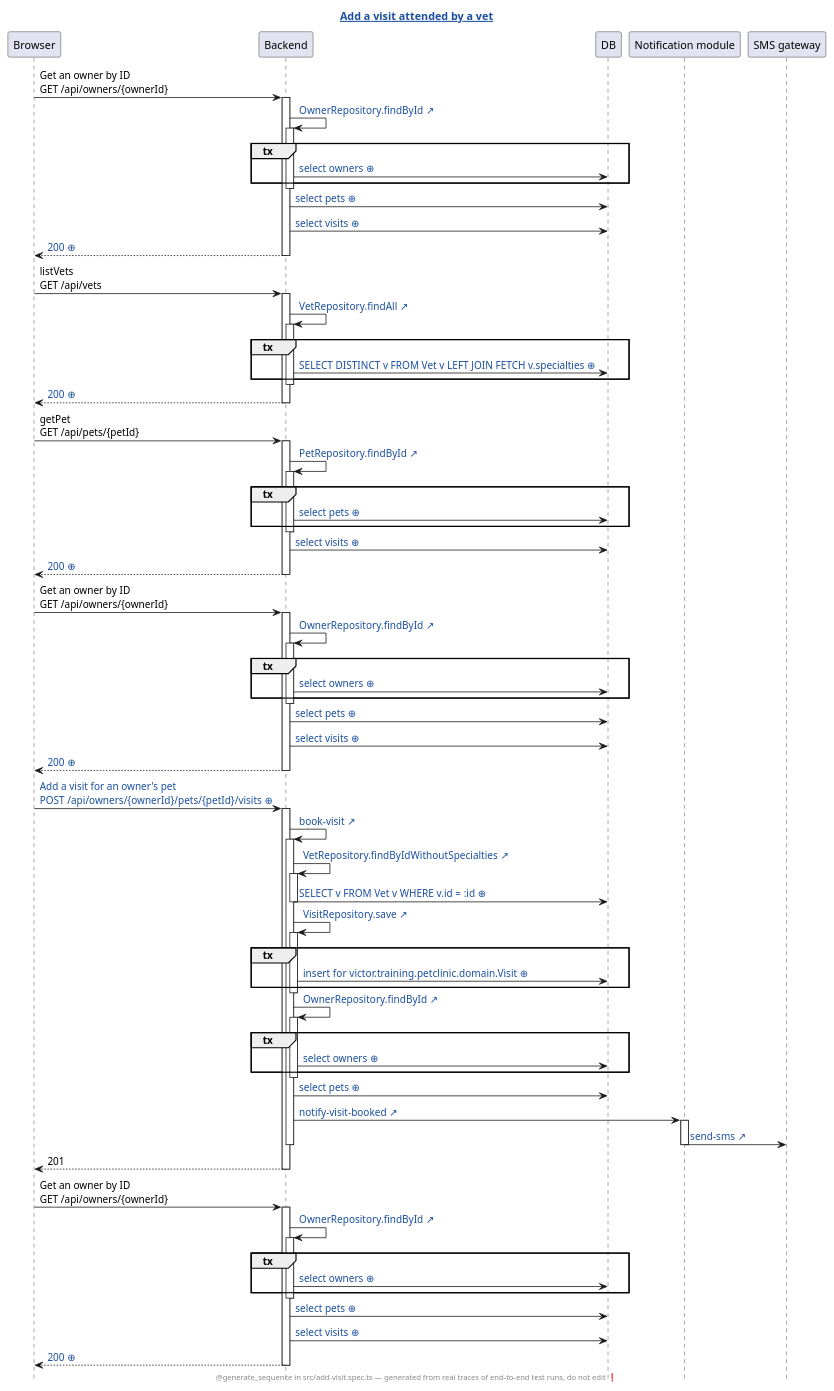
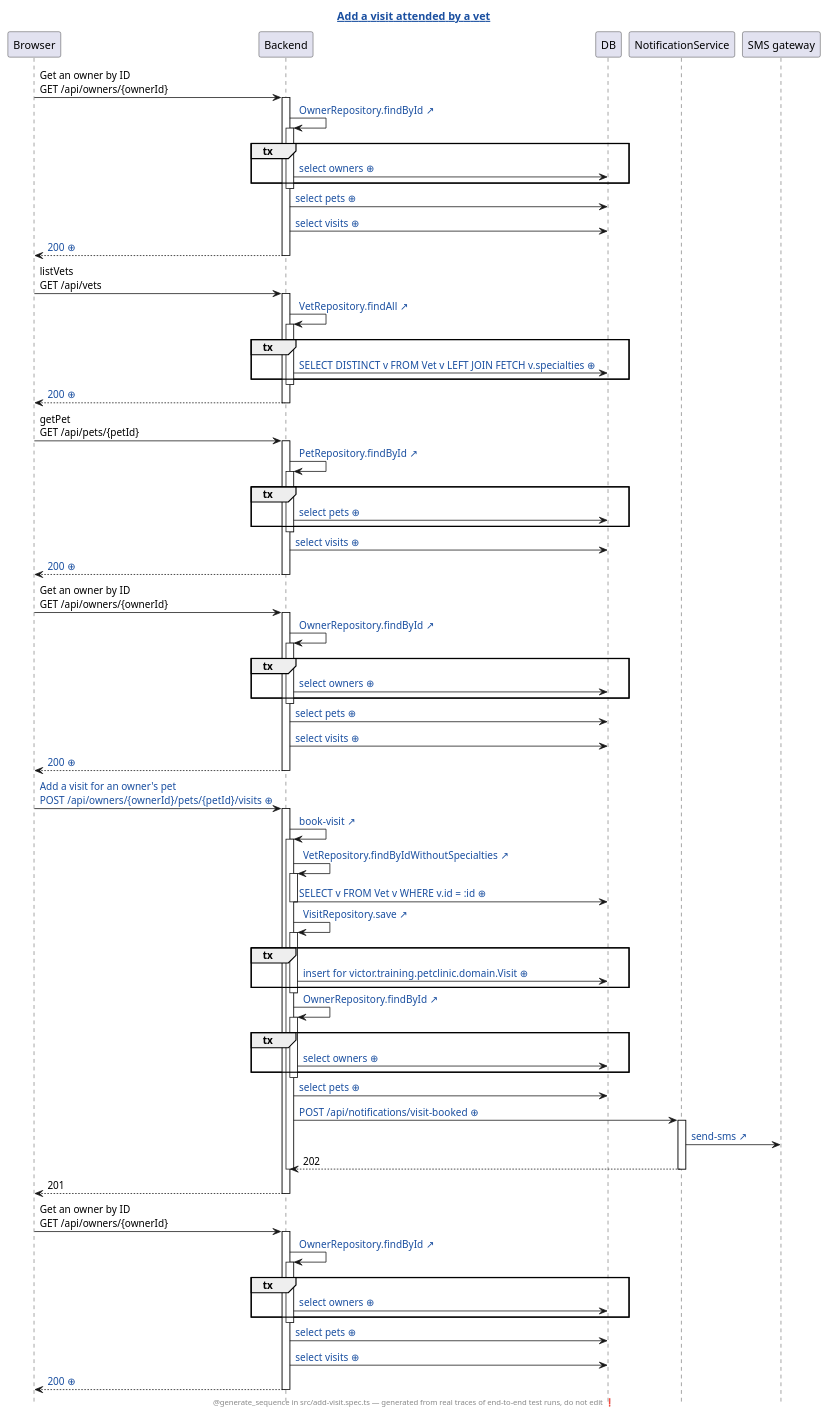
The diagram in petclinic-test/generated/add-visit.spec.ts.add-a-visit-attended-by-a-vet.genseq.puml (victorrentea/petclinic), drawn with PlantUML before and after one commit. The commit also changed 9 other files, not shown here.

First line of the commit message:
Re-record every sequence diagram against the notification-service split

```diff
--- a/petclinic-test/generated/add-visit.spec.ts.add-a-visit-attended-by-a-vet.genseq.puml
+++ b/petclinic-test/generated/add-visit.spec.ts.add-a-visit-attended-by-a-vet.genseq.puml
@@ -1,98 +1,99 @@
 @startuml
 ' ⚠️  GENERATED FILE — DO NOT EDIT. Every edit is lost on the next run.
 hide footbox
 skinparam hyperlinkUnderline false
 skinparam hyperlinkColor #1A4FA0
 title [[src://petclinic-test/src/add-visit.spec.ts:51{Click to open the test} Add a visit attended by a vet]]
 footer @generate_sequence in src/add-visit.spec.ts — generated from real traces of end-to-end test runs, do not edit ❗
 participant Browser
 participant Backend
 participant DB
-participant "Notification module"
+participant NotificationService
 participant "SMS gateway"
 Browser -> Backend: Get an owner by ID\nGET /api/owners/{ownerId}
 activate Backend
 Backend -> Backend: [[src://petclinic-backend/src/main/java/victor/training/petclinic/repository/OwnerRepository.java:14{Click to open OwnerRepository.findById} OwnerRepository.findById ↗]]
 activate Backend
 group tx
 Backend -> DB: [[genseq://0x8aana{Click for the statement behind this call} select owners ⊕]]
 end
 deactivate Backend
 Backend -> DB: [[genseq://18567ho{Click for the statement behind this call} select pets ⊕]]
 Backend -> DB: [[genseq://1eq1h2q{Click for the statement behind this call} select visits ⊕]]
 Backend --> Browser: [[genseq://0tvg3tn{Click for this call’s JSON body} 200 ⊕]]
 deactivate Backend
 Browser -> Backend: listVets\nGET /api/vets
 activate Backend
 Backend -> Backend: [[src://petclinic-backend/src/main/java/victor/training/petclinic/repository/VetRepository.java:12{Click to open VetRepository.findAll} VetRepository.findAll ↗]]
 activate Backend
 group tx
 Backend -> DB: [[genseq://0p6yxbc{Click for the statement behind this call} SELECT DISTINCT v FROM Vet v LEFT JOIN FETCH v.specialties ⊕]]
 end
 deactivate Backend
 Backend --> Browser: [[genseq://1nmg2oo{Click for this call’s JSON body} 200 ⊕]]
 deactivate Backend
 Browser -> Backend: getPet\nGET /api/pets/{petId}
 activate Backend
 Backend -> Backend: [[src://petclinic-backend/src/main/java/victor/training/petclinic/repository/PetRepository.java:16{Click to open PetRepository.findById} PetRepository.findById ↗]]
 activate Backend
 group tx
 Backend -> DB: [[genseq://0y7w2ps{Click for the statement behind this call} select pets ⊕]]
 end
 deactivate Backend
 Backend -> DB: [[genseq://1eq1h2q{Click for the statement behind this call} select visits ⊕]]
 Backend --> Browser: [[genseq://0ts0dcp{Click for this call’s JSON body} 200 ⊕]]
 deactivate Backend
 Browser -> Backend: Get an owner by ID\nGET /api/owners/{ownerId}
 activate Backend
 Backend -> Backend: [[src://petclinic-backend/src/main/java/victor/training/petclinic/repository/OwnerRepository.java:14{Click to open OwnerRepository.findById} OwnerRepository.findById ↗]]
 activate Backend
 group tx
 Backend -> DB: [[genseq://0x8aana{Click for the statement behind this call} select owners ⊕]]
 end
 deactivate Backend
 Backend -> DB: [[genseq://18567ho{Click for the statement behind this call} select pets ⊕]]
 Backend -> DB: [[genseq://1eq1h2q{Click for the statement behind this call} select visits ⊕]]
 Backend --> Browser: [[genseq://0tvg3tn{Click for this call’s JSON body} 200 ⊕]]
 deactivate Backend
-Browser -> Backend: [[genseq://07judo6{Click for this call’s JSON body} Add a visit for an owner's pet\nPOST /api/owners/{ownerId}/pets/{petId}/visits ⊕]]
+Browser -> Backend: [[genseq://0q7ntxd{Click for this call’s JSON body} Add a visit for an owner's pet\nPOST /api/owners/{ownerId}/pets/{petId}/visits ⊕]]
 activate Backend
 Backend -> Backend: [[src://petclinic-backend/src/main/java/victor/training/petclinic/rest/OwnerRestController.java:191{Click to open OwnerRestController.bookVisit} book-visit ↗]]
 activate Backend
 Backend -> Backend: [[src://petclinic-backend/src/main/java/victor/training/petclinic/repository/VetRepository.java:19{Click to open VetRepository.findByIdWithoutSpecialties} VetRepository.findByIdWithoutSpecialties ↗]]
 activate Backend
 Backend -> DB: [[genseq://0exss5m{Click for the statement behind this call} SELECT v FROM Vet v WHERE v.id = :id ⊕]]
 deactivate Backend
 Backend -> Backend: [[src://petclinic-backend/src/main/java/victor/training/petclinic/repository/VisitRepository.java:14{Click to open VisitRepository.save} VisitRepository.save ↗]]
 activate Backend
 group tx
-Backend -> DB: [[genseq://0hn35o0{Click for the statement behind this call} insert for victor.training.petclinic.domain.Visit ⊕]]
+Backend -> DB: [[genseq://10jvngd{Click for the statement behind this call} insert for victor.training.petclinic.domain.Visit ⊕]]
 end
 deactivate Backend
 Backend -> Backend: [[src://petclinic-backend/src/main/java/victor/training/petclinic/repository/OwnerRepository.java:14{Click to open OwnerRepository.findById} OwnerRepository.findById ↗]]
 activate Backend
 group tx
 Backend -> DB: [[genseq://0x8aana{Click for the statement behind this call} select owners ⊕]]
 end
 deactivate Backend
 Backend -> DB: [[genseq://18567ho{Click for the statement behind this call} select pets ⊕]]
-Backend -> "Notification module": [[src://petclinic-backend/src/main/java/victor/training/petclinic/notification/FakeSmsNotificationSender.java:45{Click to open FakeSmsNotificationSender.visitBooked} notify-visit-booked ↗]]
-activate "Notification module"
-"Notification module" -> "SMS gateway": [[src://petclinic-backend/src/main/java/victor/training/petclinic/notification/FakeSmsNotificationSender.java:47{Click to open FakeSmsNotificationSender.sendSms} send-sms ↗]]
-deactivate "Notification module"
+Backend -> NotificationService: [[genseq://1cfd0z0{Click for this call’s JSON body} POST /api/notifications/visit-booked ⊕]]
+activate NotificationService
+NotificationService -> "SMS gateway": [[src://notification-service/src/main/java/victor/training/notification/SmsGateway.java:23{Click to open SmsGateway.send} send-sms ↗]]
+NotificationService --> Backend: 202
+deactivate NotificationService
 deactivate Backend
 Backend --> Browser: 201
 deactivate Backend
 Browser -> Backend: Get an owner by ID\nGET /api/owners/{ownerId}
 activate Backend
 Backend -> Backend: [[src://petclinic-backend/src/main/java/victor/training/petclinic/repository/OwnerRepository.java:14{Click to open OwnerRepository.findById} OwnerRepository.findById ↗]]
 activate Backend
 group tx
 Backend -> DB: [[genseq://0x8aana{Click for the statement behind this call} select owners ⊕]]
 end
 deactivate Backend
 Backend -> DB: [[genseq://18567ho{Click for the statement behind this call} select pets ⊕]]
 Backend -> DB: [[genseq://1eq1h2q{Click for the statement behind this call} select visits ⊕]]
-Backend --> Browser: [[genseq://0k9x4kf{Click for this call’s JSON body} 200 ⊕]]
+Backend --> Browser: [[genseq://02yixe9{Click for this call’s JSON body} 200 ⊕]]
 deactivate Backend
 @enduml
```
